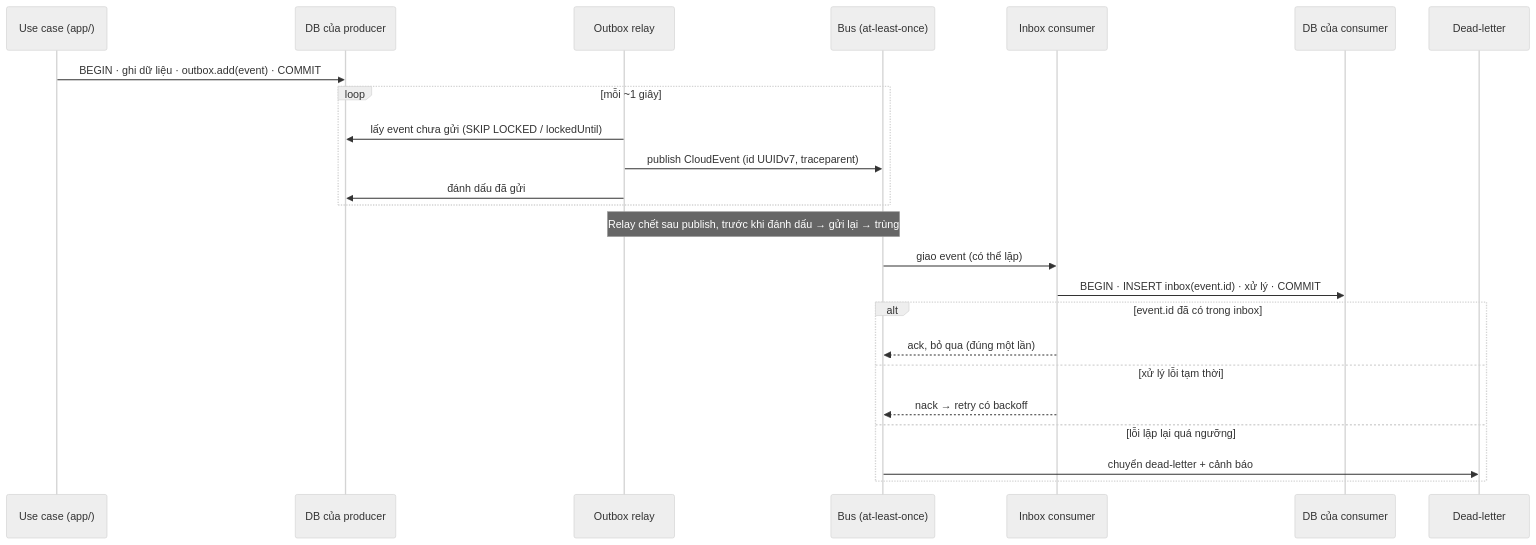
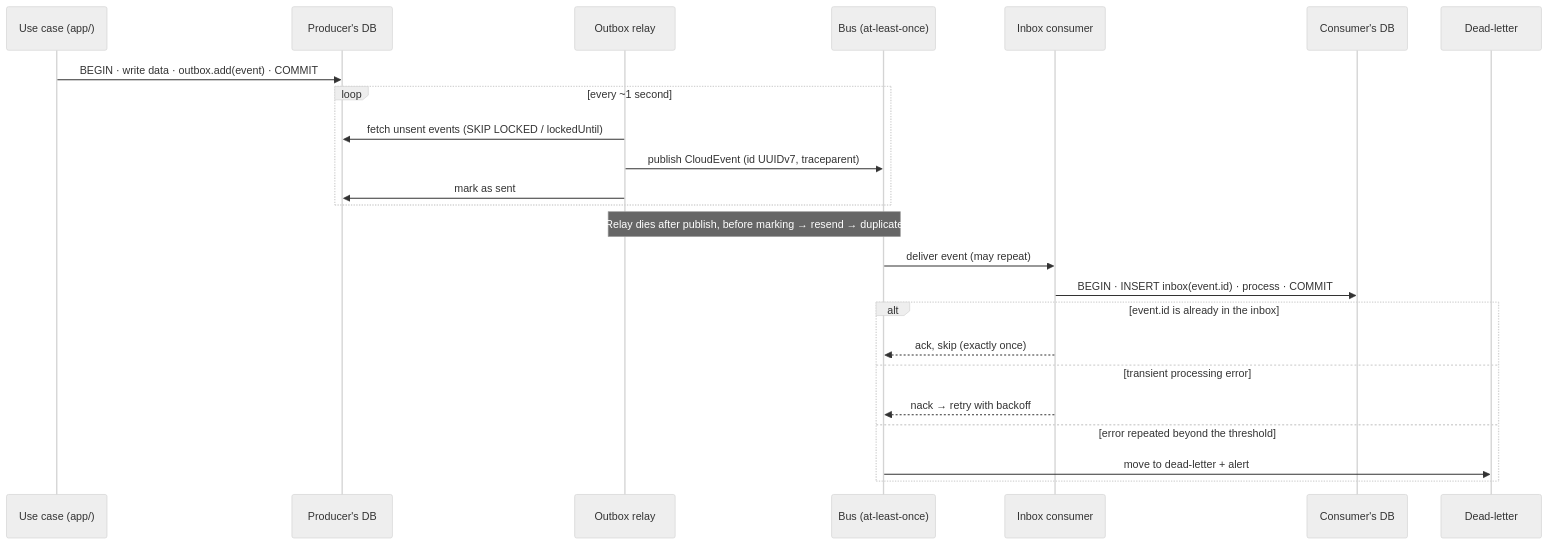
One commit to viethung12062005/smart-hospital-platform changed diagram 11 of 18 in docs/03-architecture/architecture-diagrams.md. Above: the diagram before and after it, drawn with Mermaid (neutral theme). The commit also changed other lines of this file and 346 other files, not shown here.

````diff
--- a/docs/03-architecture/architecture-diagrams.md
+++ b/docs/03-architecture/architecture-diagrams.md
@@ -440,27 +440,27 @@
 ```mermaid
 sequenceDiagram
     participant API as Use case (app/)
-    participant DB as DB của producer
+    participant DB as Producer's DB
     participant RL as Outbox relay
     participant BUS as Bus (at-least-once)
     participant IN as Inbox consumer
-    participant CDB as DB của consumer
+    participant CDB as Consumer's DB
     participant DLQ as Dead-letter
 
-    API->>DB: BEGIN · ghi dữ liệu · outbox.add(event) · COMMIT
-    loop mỗi ~1 giây
-        RL->>DB: lấy event chưa gửi (SKIP LOCKED / lockedUntil)
+    API->>DB: BEGIN · write data · outbox.add(event) · COMMIT
+    loop every ~1 second
+        RL->>DB: fetch unsent events (SKIP LOCKED / lockedUntil)
         RL->>BUS: publish CloudEvent (id UUIDv7, traceparent)
-        RL->>DB: đánh dấu đã gửi
+        RL->>DB: mark as sent
     end
-    Note over RL,BUS: Relay chết sau publish, trước khi đánh dấu → gửi lại → trùng
-    BUS->>IN: giao event (có thể lặp)
-    IN->>CDB: BEGIN · INSERT inbox(event.id) · xử lý · COMMIT
-    alt event.id đã có trong inbox
-        IN-->>BUS: ack, bỏ qua (đúng một lần)
-    else xử lý lỗi tạm thời
-        IN-->>BUS: nack → retry có backoff
-    else lỗi lặp lại quá ngưỡng
-        BUS->>DLQ: chuyển dead-letter + cảnh báo
+    Note over RL,BUS: Relay dies after publish, before marking → resend → duplicate
+    BUS->>IN: deliver event (may repeat)
+    IN->>CDB: BEGIN · INSERT inbox(event.id) · process · COMMIT
+    alt event.id is already in the inbox
+        IN-->>BUS: ack, skip (exactly once)
+    else transient processing error
+        IN-->>BUS: nack → retry with backoff
+    else error repeated beyond the threshold
+        BUS->>DLQ: move to dead-letter + alert
     end
 ```
````
